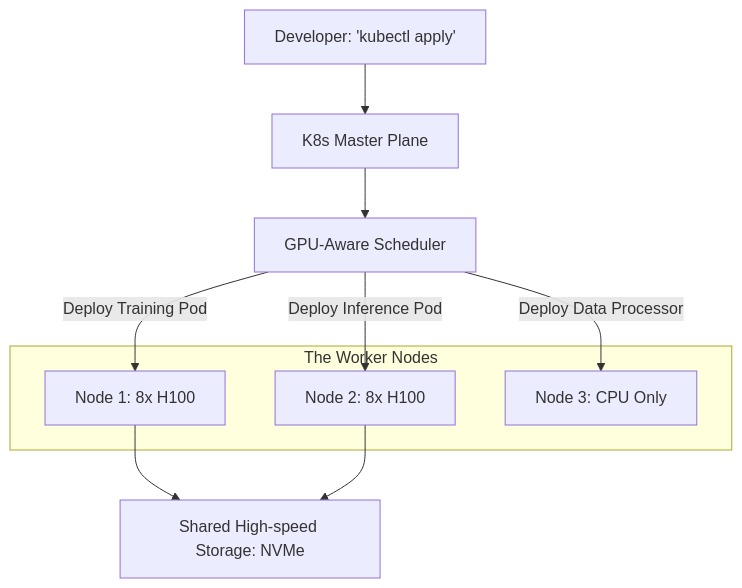
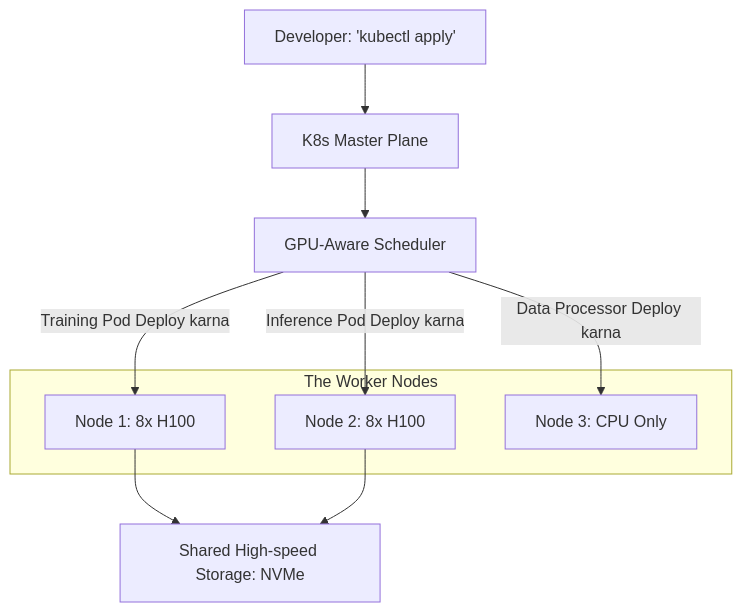
The diagram in docs/ai_foundations_and_ops/15_Cloud_and_Distributed_AI/Kubernetes_for_AI.md (Sameer-Malik20/SusaGPT-Build-LLM-From-Scratch-With-Hinglish-Learning-Material), drawn with Mermaid before and after one commit. The commit also changed other lines of this file and 131 other files, not shown here.

````diff
--- a/docs/ai_foundations_and_ops/15_Cloud_and_Distributed_AI/Kubernetes_for_AI.md
+++ b/docs/ai_foundations_and_ops/15_Cloud_and_Distributed_AI/Kubernetes_for_AI.md
@@ -59,17 +59,17 @@
 ```mermaid
 graph TD
     User[Developer: 'kubectl apply'] --> Master[K8s Master Plane]
     Master --> Scheduler[GPU-Aware Scheduler]
     
     subgraph "The Worker Nodes"
     N1[Node 1: 8x H100]
     N2[Node 2: 8x H100]
     N3[Node 3: CPU Only]
     end
     
-    Scheduler -- "Deploy Training Pod" --> N1
-    Scheduler -- "Deploy Inference Pod" --> N2
-    Scheduler -- "Deploy Data Processor" --> N3
+    Scheduler -- "Training Pod Deploy karna" --> N1
+    Scheduler -- "Inference Pod Deploy karna" --> N2
+    Scheduler -- "Data Processor Deploy karna" --> N3
     
     N1 & N2 --> Store[Shared High-speed Storage: NVMe]
 ```
````
